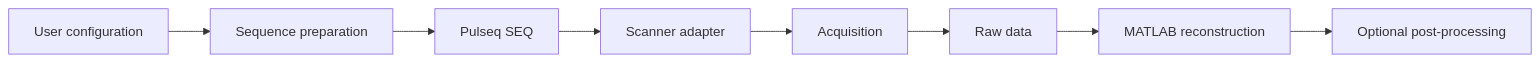
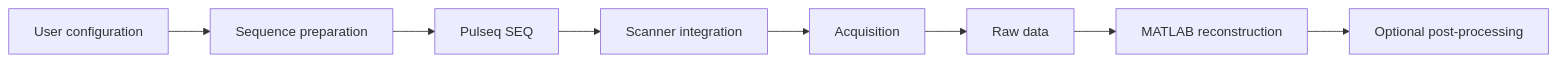
Before and after one commit to BennyZhang-Codes/tse-pulseq-matlab: the first of 2 diagrams in docs/concepts-overview.md, drawn with Mermaid. The commit also changed other lines of this file, not shown here.

Commit message:
docs: standardize method names and add PNS dependency to architecture

````diff
--- a/docs/concepts-overview.md
+++ b/docs/concepts-overview.md
@@ -5,10 +5,10 @@
 ```mermaid
 flowchart LR
     A[User configuration] --> B[Sequence preparation]
     B --> C[Pulseq SEQ]
-    C --> D[Scanner adapter]
+    C --> D[Scanner integration]
     D --> E[Acquisition]
     E --> F[Raw data]
     F --> G[MATLAB reconstruction]
     G --> H[Optional post-processing]
 ```
````
